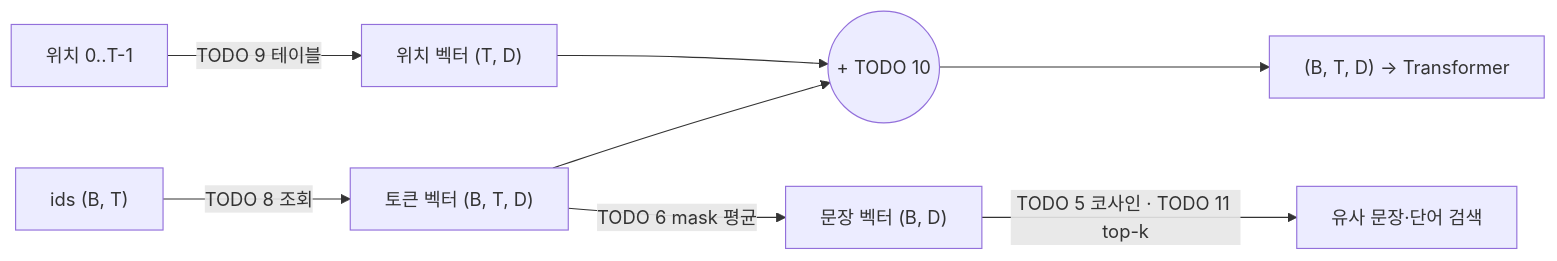
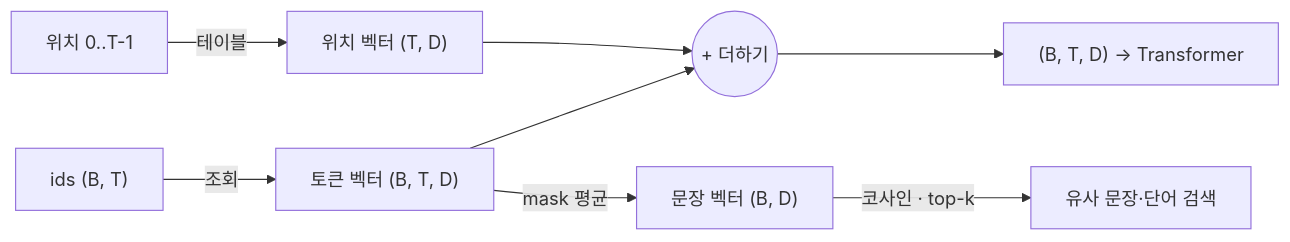
Before and after one commit to TD-Kim/ai-engineering-lab: the diagram in part1_ai_fundamentals/embedding/advanced/README.md, drawn with Mermaid. The commit also changed other lines of this file and 15 other files, not shown here.

````diff
--- a/part1_ai_fundamentals/embedding/advanced/README.md
+++ b/part1_ai_fundamentals/embedding/advanced/README.md
@@ -66,10 +65,10 @@
 ```mermaid
 flowchart LR
-    ID["ids (B, T)"] -->|TODO 8 조회| TOK["토큰 벡터 (B, T, D)"]
-    T["위치 0..T-1"] -->|TODO 9 테이블| POS["위치 벡터 (T, D)"]
-    TOK --> ADD(("+ TODO 10"))
+    ID["ids (B, T)"] -->|조회| TOK["토큰 벡터 (B, T, D)"]
+    T["위치 0..T-1"] -->|테이블| POS["위치 벡터 (T, D)"]
+    TOK --> ADD(("+ 더하기"))
     POS --> ADD
     ADD --> OUT["(B, T, D) → Transformer"]
-    TOK -->|TODO 6 mask 평균| SV["문장 벡터 (B, D)"]
-    SV -->|TODO 5 코사인 · TODO 11 top-k| S["유사 문장·단어 검색"]
+    TOK -->|mask 평균| SV["문장 벡터 (B, D)"]
+    SV -->|코사인 · top-k| S["유사 문장·단어 검색"]
 ```
````
